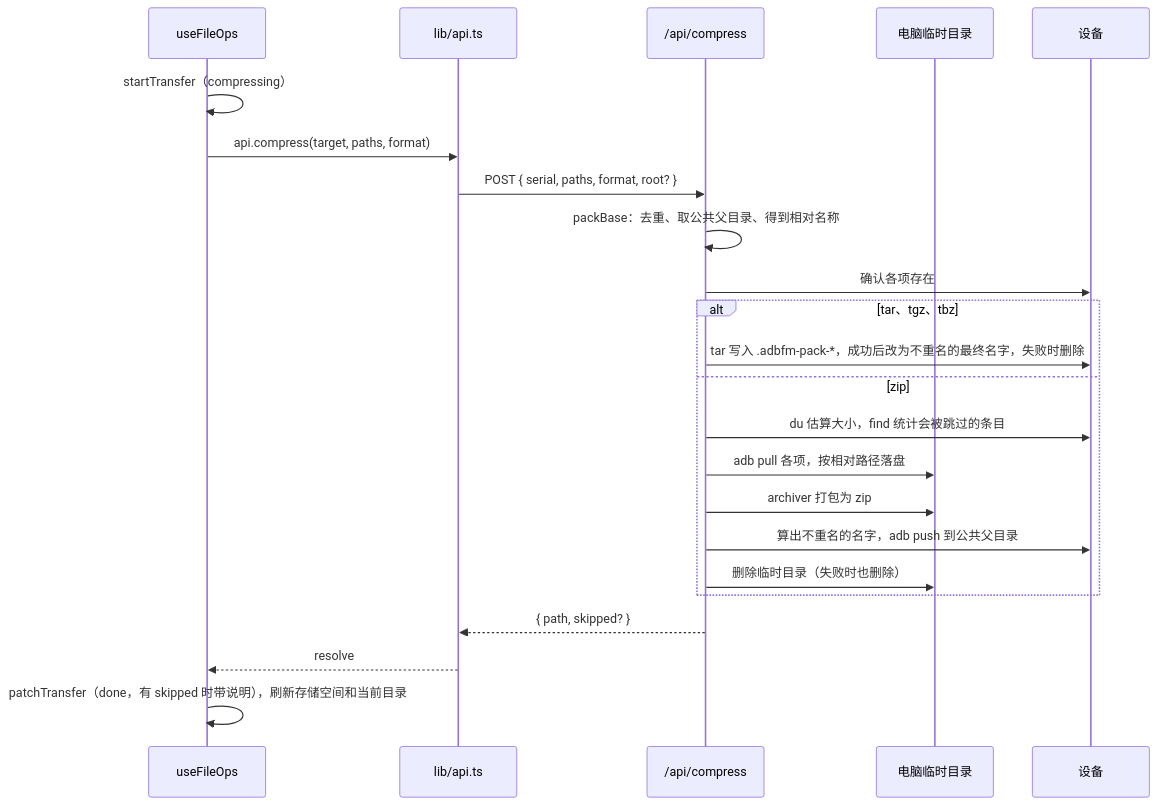
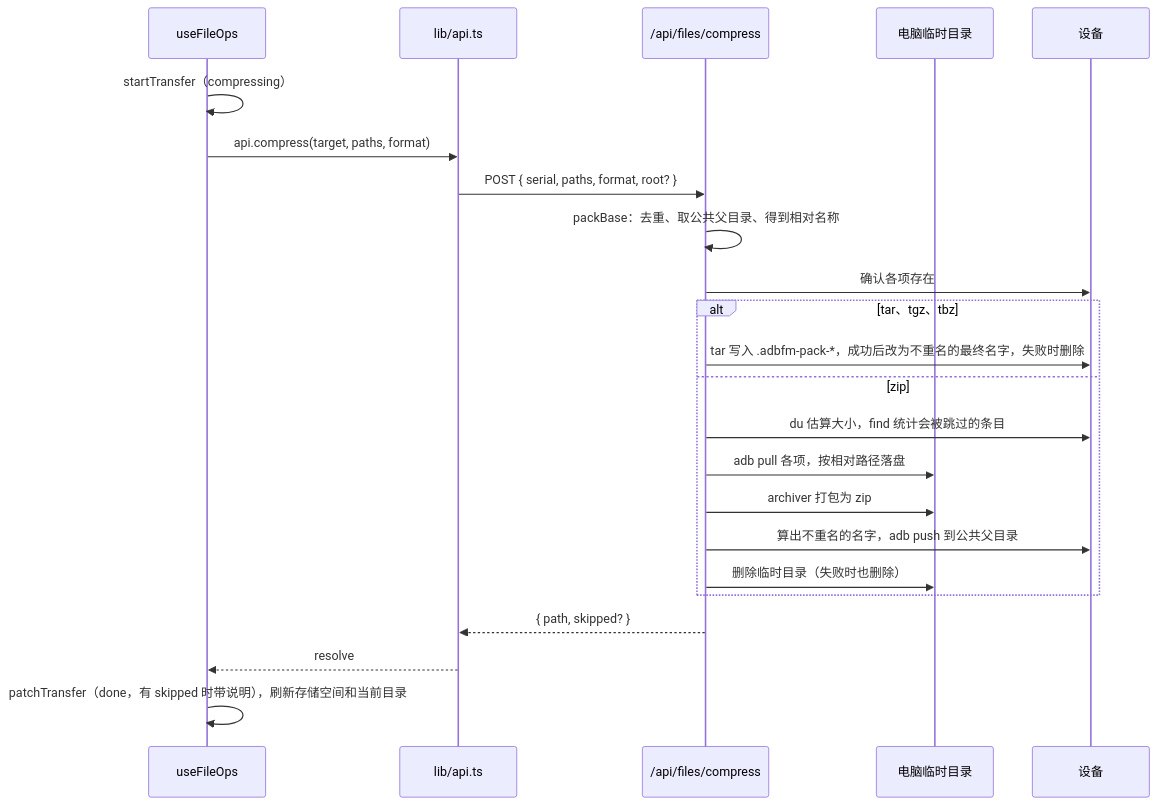
Before and after one commit to wynnyu/adb-file-manager: diagram 11 of 12 in docs/architecture.md, drawn with Mermaid. The commit also changed other lines of this file and 18 other files, not shown here.

````diff
--- a/docs/architecture.md
+++ b/docs/architecture.md
@@ -414,25 +417,25 @@
 ```mermaid
 sequenceDiagram
   participant F as useFileOps
   participant A as lib/api.ts
-  participant S as /api/compress
+  participant S as /api/files/compress
   participant T as 电脑临时目录
   participant P as 设备
   F->>F: startTransfer（compressing）
   F->>A: api.compress(target, paths, format)
   A->>S: POST { serial, paths, format, root? }
   S->>S: packBase：去重、取公共父目录、得到相对名称
   S->>P: 确认各项存在
   alt tar、tgz、tbz
     S->>P: tar 写入 .adbfm-pack-*，成功后改为不重名的最终名字，失败时删除
   else zip
     S->>P: du 估算大小，find 统计会被跳过的条目
     S->>T: adb pull 各项，按相对路径落盘
     S->>T: archiver 打包为 zip
     S->>P: 算出不重名的名字，adb push 到公共父目录
     S->>T: 删除临时目录（失败时也删除）
   end
   S-->>A: { path, skipped? }
   A-->>F: resolve
   F->>F: patchTransfer（done，有 skipped 时带说明），刷新存储空间和当前目录
 ```
````
